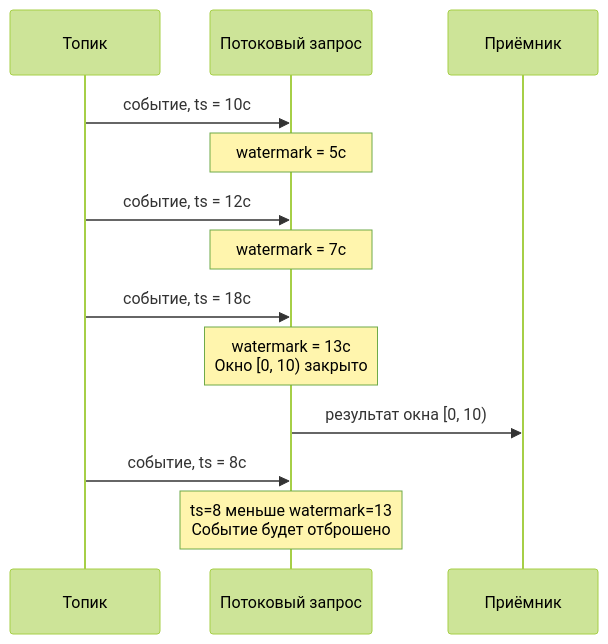
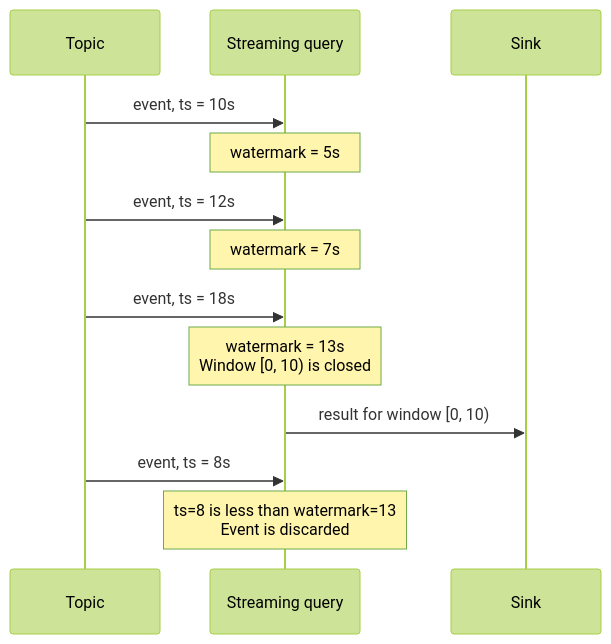
The diagram in ydb/docs/en/core/dev/streaming-query/watermarks.md (ydb-platform/ydb), drawn with Mermaid (forest theme) before and after one commit. The commit also changed other lines of this file and 18 other files, not shown here.

````diff
--- a/ydb/docs/en/core/dev/streaming-query/watermarks.md
+++ b/ydb/docs/en/core/dev/streaming-query/watermarks.md
@@ -20,16 +20,16 @@
 ```mermaid
 sequenceDiagram
-    participant Топик
-    participant Запрос as Потоковый запрос
-    participant Приёмник
+    participant Topic
+    participant Query as Streaming query
+    participant Sink
 
-    Топик->>Запрос: событие, ts = 10с
-    Note over Запрос: watermark = 5с
-    Топик->>Запрос: событие, ts = 12с
-    Note over Запрос: watermark = 7с
-    Топик->>Запрос: событие, ts = 18с
-    Note over Запрос: watermark = 13с<br/>Окно [0, 10) закрыто
-    Запрос->>Приёмник: результат окна [0, 10)
-    Топик->>Запрос: событие, ts = 8с
-    Note over Запрос: ts=8 меньше watermark=13<br/>Событие будет отброшено
+    Topic->>Query: event, ts = 10s
+    Note over Query: watermark = 5s
+    Topic->>Query: event, ts = 12s
+    Note over Query: watermark = 7s
+    Topic->>Query: event, ts = 18s
+    Note over Query: watermark = 13s<br/>Window [0, 10) is closed
+    Query->>Sink: result for window [0, 10)
+    Topic->>Query: event, ts = 8s
+    Note over Query: ts=8 is less than watermark=13<br/>Event is discarded
 ```
````
